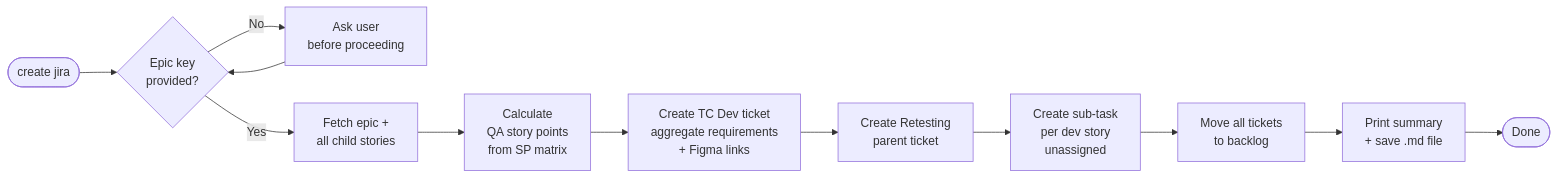
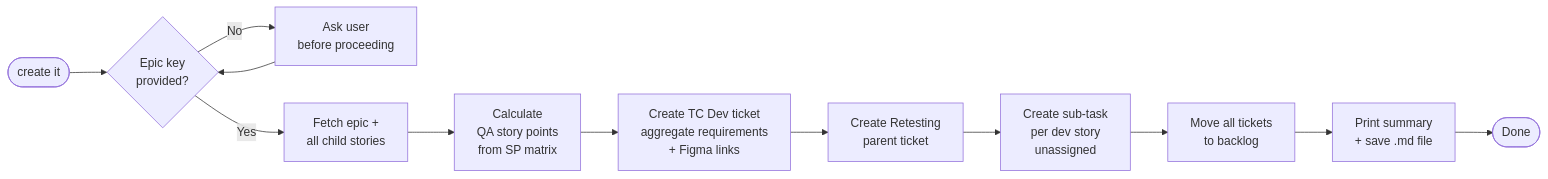
The sixth of 6 diagrams in README.md (imransdet/qa-assistant), drawn with Mermaid before and after one commit. The commit also changed other lines of this file and 2 other files, not shown here.

First line of the commit message:
Genericize public docs, rename KB readme, add 'create it' trigger

````diff
--- a/README.md
+++ b/README.md
@@ -522,14 +523,14 @@
 ```mermaid
 flowchart LR
-    A([create jira]) --> B{Epic key\nprovided?}
+    A([create it]) --> B{Epic key\nprovided?}
     B -->|No| C[Ask user\nbefore proceeding]
     C --> B
     B -->|Yes| D[Fetch epic +\nall child stories]
     D --> E[Calculate\nQA story points\nfrom SP matrix]
     E --> F[Create TC Dev ticket\naggregate requirements\n+ Figma links]
     F --> G[Create Retesting\nparent ticket]
     G --> H[Create sub-task\nper dev story\nunassigned]
     H --> I[Move all tickets\nto backlog]
     I --> J[Print summary\n+ save .md file]
     J --> Z([Done])
 ```
````
